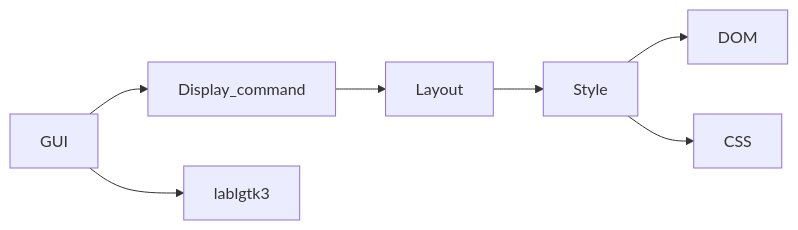
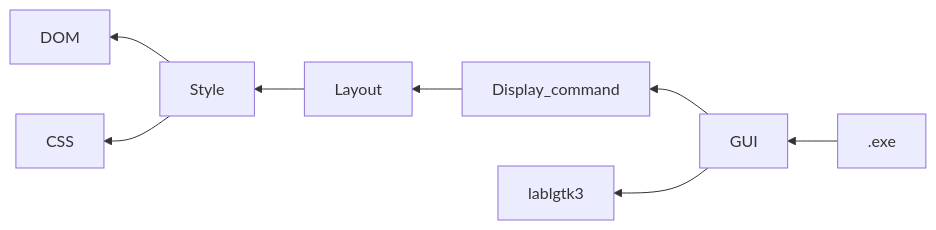
The diagram in README.md (9sako6/minibrowser), drawn with Mermaid before and after one commit.

````diff
--- a/README.md
+++ b/README.md
@@ -13,9 +13,10 @@
 ```mermaid
-flowchart LR
+flowchart RL
     Style --> DOM
     Style --> CSS
     Layout --> Style
     Display_command --> Layout
     GUI --> Display_command
     GUI --> lablgtk3
+    .exe --> GUI
 ```
````
